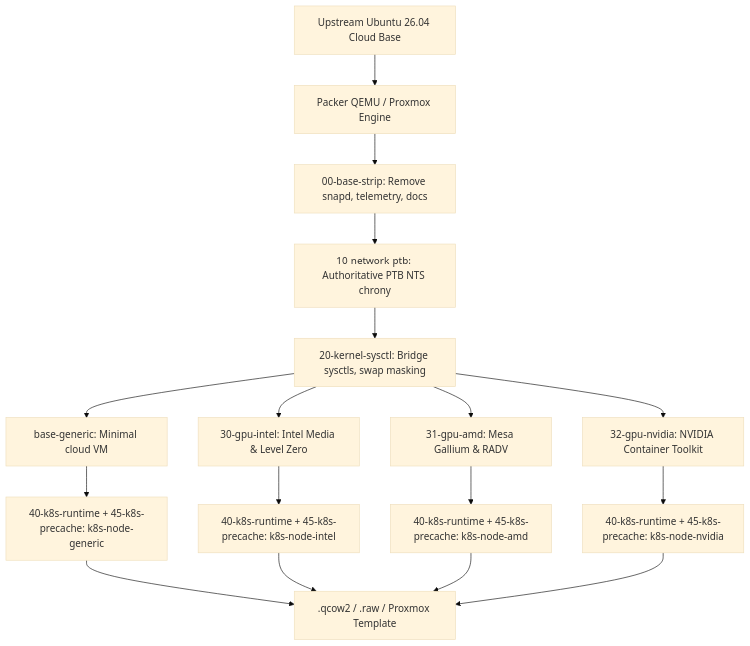
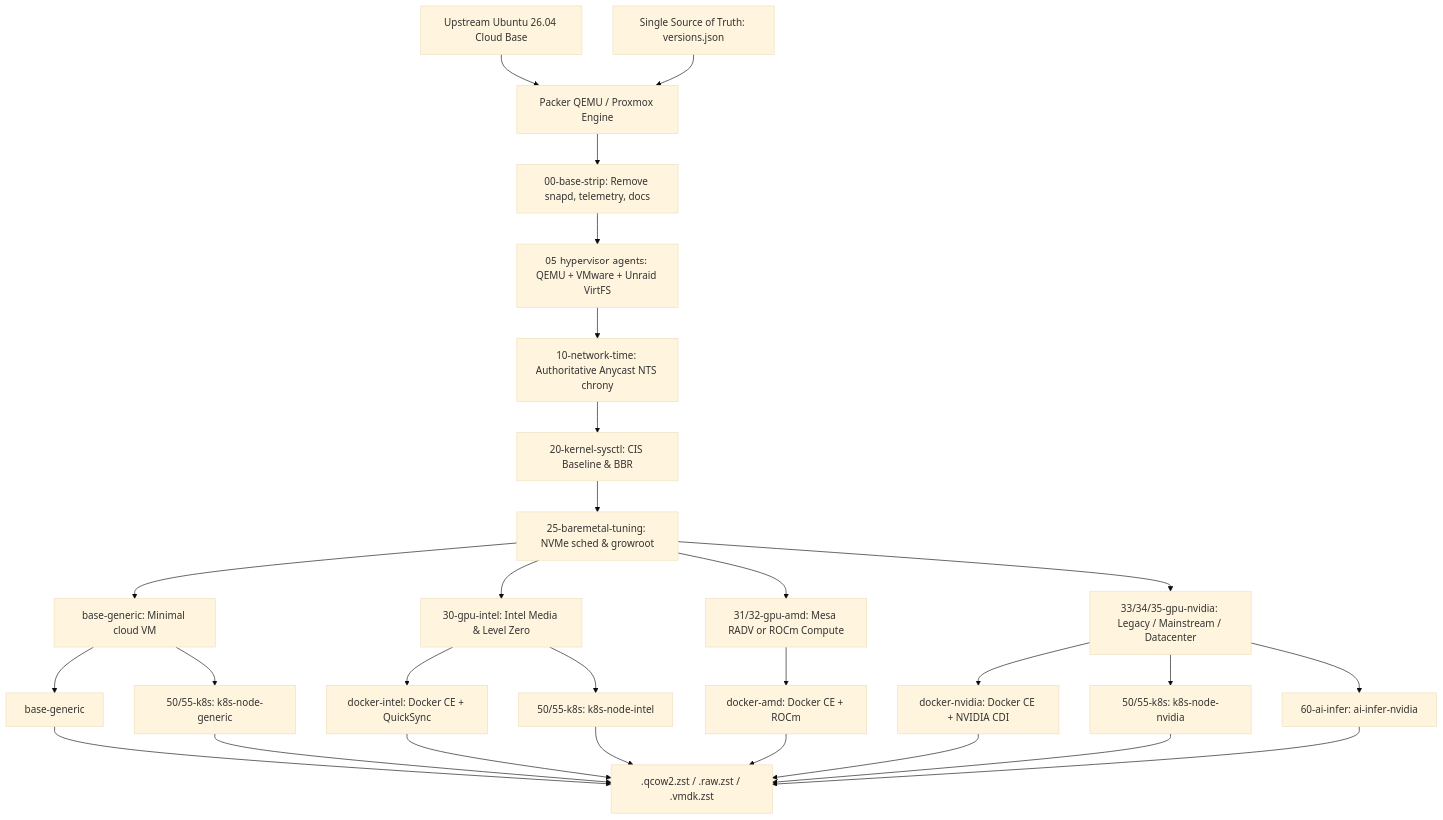
One commit to lusoris/lusoris-cloud-images changed the diagram in README.md. Above: the diagram before and after it, drawn with Mermaid (base theme). The commit also changed other lines of this file and 90 other files, not shown here.

````diff
--- a/README.md
+++ b/README.md
@@ -26,22 +32,34 @@
 ```mermaid
 graph TD
     A[Upstream Ubuntu 26.04 Cloud Base] --> B[Packer QEMU / Proxmox Engine]
+    SSOT[Single Source of Truth: versions.json] --> B
+
     B --> C[00-base-strip: Remove snapd, telemetry, docs]
-    C --> D[10-network-ptb: Authoritative PTB NTS chrony]
-    D --> E[20-kernel-sysctl: Bridge sysctls, swap masking]
+    C --> AG[05-hypervisor-agents: QEMU + VMware + Unraid VirtFS]
+    AG --> D[10-network-time: Authoritative Anycast NTS chrony]
+    D --> E[20-kernel-sysctl: CIS Baseline & BBR]
+    E --> BM[25-baremetal-tuning: NVMe sched & growroot]
 
-    E --> F1[base-generic: Minimal cloud VM]
-    E --> F2[30-gpu-intel: Intel Media & Level Zero]
-    E --> F3[31-gpu-amd: Mesa Gallium & RADV]
-    E --> F4[32-gpu-nvidia: NVIDIA Container Toolkit]
+    BM --> F1[base-generic: Minimal cloud VM]
+    BM --> F2[30-gpu-intel: Intel Media & Level Zero]
+    BM --> F3[31/32-gpu-amd: Mesa RADV or ROCm Compute]
+    BM --> F4[33/34/35-gpu-nvidia: Legacy / Mainstream / Datacenter]
 
-    F1 --> K1[40-k8s-runtime + 45-k8s-precache: k8s-node-generic]
-    F2 --> K2[40-k8s-runtime + 45-k8s-precache: k8s-node-intel]
-    F3 --> K3[40-k8s-runtime + 45-k8s-precache: k8s-node-amd]
-    F4 --> K4[40-k8s-runtime + 45-k8s-precache: k8s-node-nvidia]
+    F1 --> W1[base-generic]
+    F2 --> W2[docker-intel: Docker CE + QuickSync]
+    F3 --> W3[docker-amd: Docker CE + ROCm]
+    F4 --> W4[docker-nvidia: Docker CE + NVIDIA CDI]
+    F1 --> K1[50/55-k8s: k8s-node-generic]
+    F2 --> K2[50/55-k8s: k8s-node-intel]
+    F4 --> K4[50/55-k8s: k8s-node-nvidia]
+    F4 --> AI[60-ai-infer: ai-infer-nvidia]
 
-    K1 --> OUT[.qcow2 / .raw / Proxmox Template]
+    W1 --> OUT[.qcow2.zst / .raw.zst / .vmdk.zst]
+    W2 --> OUT
+    W3 --> OUT
+    W4 --> OUT
+    K1 --> OUT
     K2 --> OUT
-    K3 --> OUT
     K4 --> OUT
+    AI --> OUT
 ```
````
